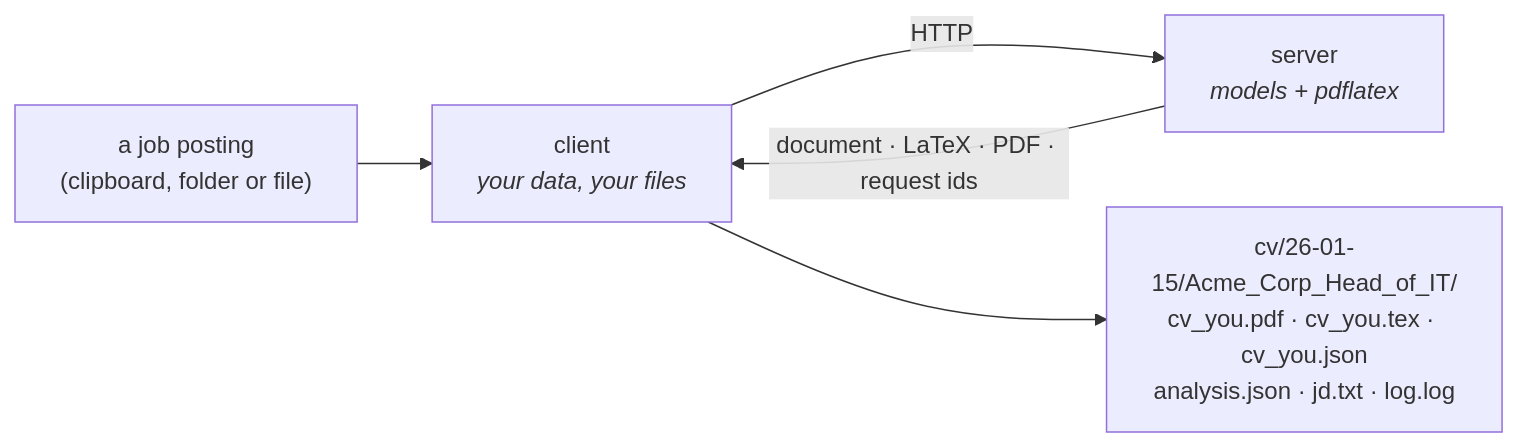
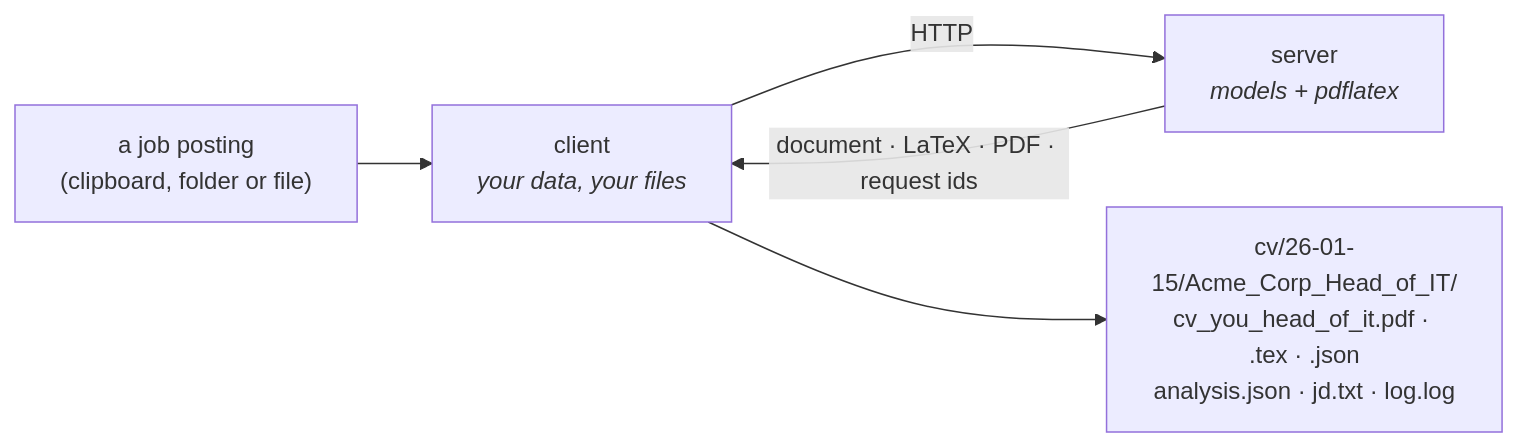
One commit to gcontini/resumix changed the diagram in doc/index.md. Above: the diagram before and after it, drawn with Mermaid. The commit also changed 51 other files, not shown here.

````diff
--- a/doc/index.md
+++ b/doc/index.md
@@ -32,7 +32,7 @@
 ```mermaid
 flowchart LR
     JD["a job posting<br/>(clipboard, folder or file)"] --> C["client<br/><i>your data, your files</i>"]
     C -->|HTTP| S["server<br/><i>models + pdflatex</i>"]
     S -->|"document · LaTeX · PDF · request ids"| C
-    C --> OUT["cv/26-01-15/Acme_Corp_Head_of_IT/<br/>cv_you.pdf · cv_you.tex · cv_you.json<br/>analysis.json · jd.txt · log.log"]
+    C --> OUT["cv/26-01-15/Acme_Corp_Head_of_IT/<br/>cv_you_head_of_it.pdf · .tex · .json<br/>analysis.json · jd.txt · log.log"]
 ```
````
